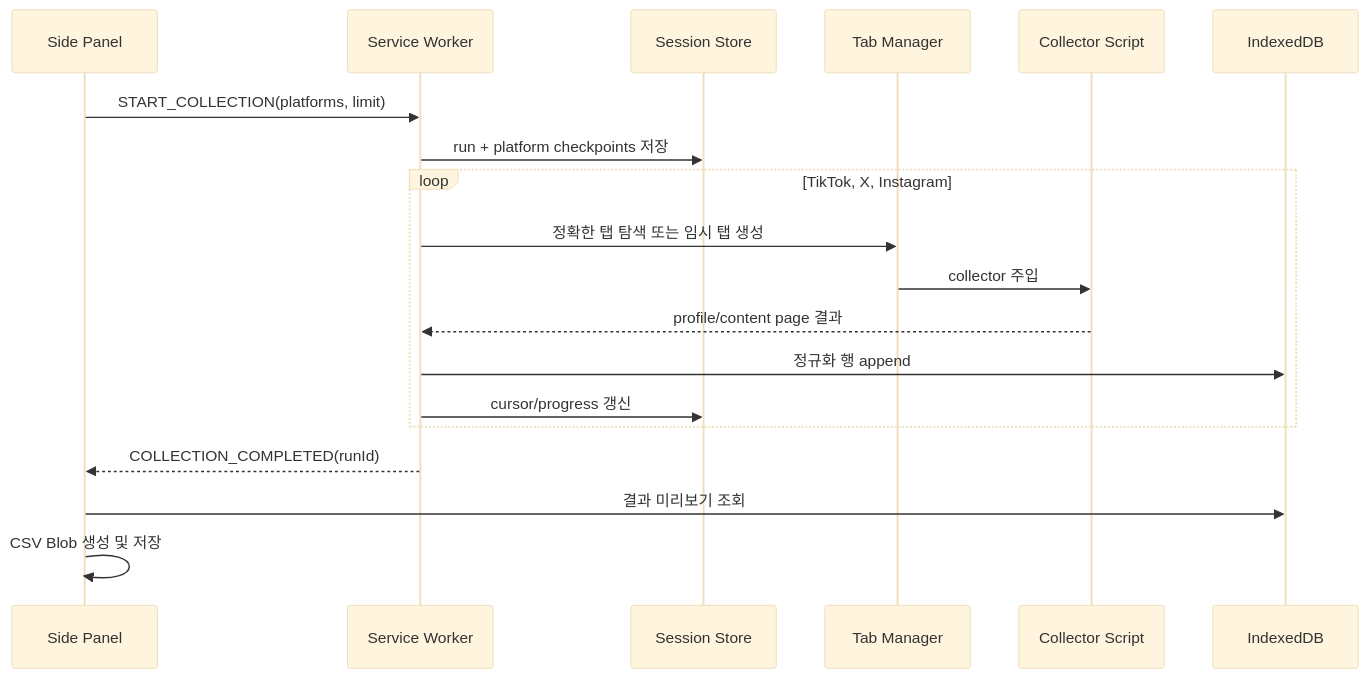
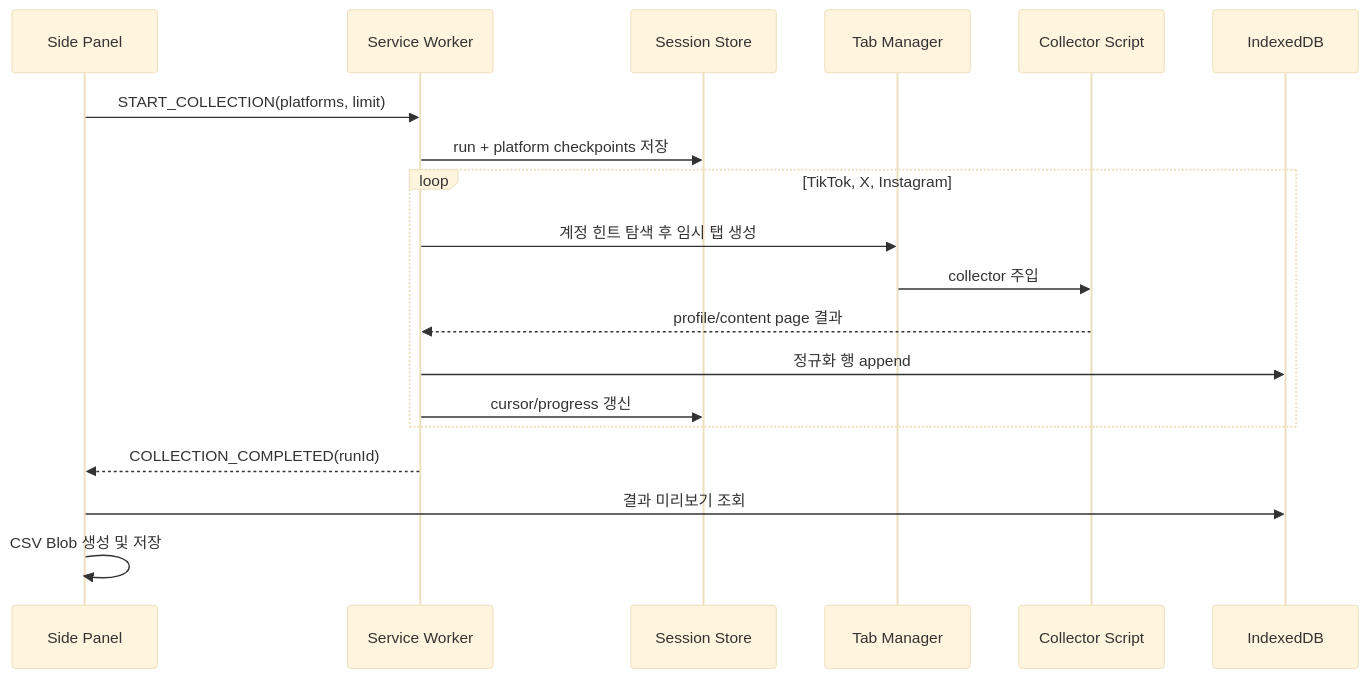
One commit to Enceladus-X/creator-data-bridge changed the diagram in docs/CSV_EXTENSION_MVP_PLAN.md. Above: the diagram before and after it, drawn with Mermaid (base theme). The commit also changed other lines of this file and 24 other files, not shown here.

````diff
--- a/docs/CSV_EXTENSION_MVP_PLAN.md
+++ b/docs/CSV_EXTENSION_MVP_PLAN.md
@@ -192,22 +192,22 @@
 ```mermaid
 sequenceDiagram
     participant UI as Side Panel
     participant SW as Service Worker
     participant TS as Session Store
     participant TM as Tab Manager
     participant CS as Collector Script
     participant DB as IndexedDB
 
     UI->>SW: START_COLLECTION(platforms, limit)
     SW->>TS: run + platform checkpoints 저장
     loop TikTok, X, Instagram
-        SW->>TM: 정확한 탭 탐색 또는 임시 탭 생성
+        SW->>TM: 계정 힌트 탐색 후 임시 탭 생성
         TM->>CS: collector 주입
         CS-->>SW: profile/content page 결과
         SW->>DB: 정규화 행 append
         SW->>TS: cursor/progress 갱신
     end
     SW-->>UI: COLLECTION_COMPLETED(runId)
     UI->>DB: 결과 미리보기 조회
     UI->>UI: CSV Blob 생성 및 저장
 ```
````
